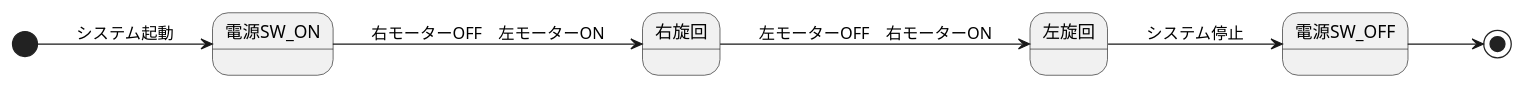
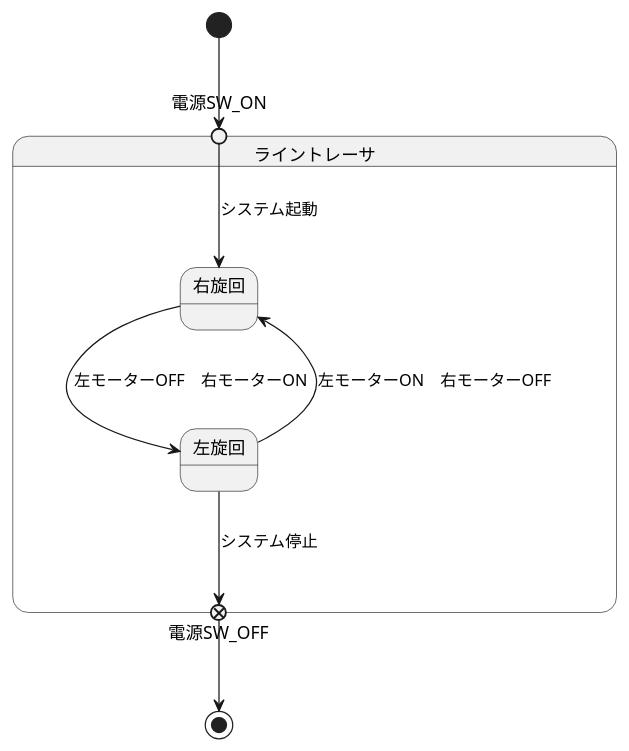
Before and after one commit to 05Uwa/uml-introduction: the diagram in 演習6-5-3_ステートマシン図_ライントレーサー.pu, drawn with PlantUML.

Commit message:
ステートマシン課題

```diff
--- a/演習6-5-3_ステートマシン図_ライントレーサー.pu
+++ b/演習6-5-3_ステートマシン図_ライントレーサー.pu
@@ -1,8 +1,13 @@
 @startuml ライン
-left to right direction
-[*] --> 電源SW_ON : システム起動
-電源SW_ON --> 右旋回 : 右モーターOFF　左モーターON
-右旋回 --> 左旋回 : 左モーターOFF　右モーターON
-左旋回 --> 電源SW_OFF : システム停止
+state ライントレーサ{
+    state 電源SW_ON <<entryPoint>>
+    state 電源SW_OFF<<exitPoint>>
+    電源SW_ON -->  右旋回 : システム起動
+    
+    右旋回 --> 左旋回 : 左モーターOFF　右モーターON
+    左旋回 --> 右旋回 : 左モーターON　右モーターOFF
+    左旋回 --> 電源SW_OFF : システム停止
+}
+[*] --> 電源SW_ON
 電源SW_OFF --> [*]
 @enduml
```
